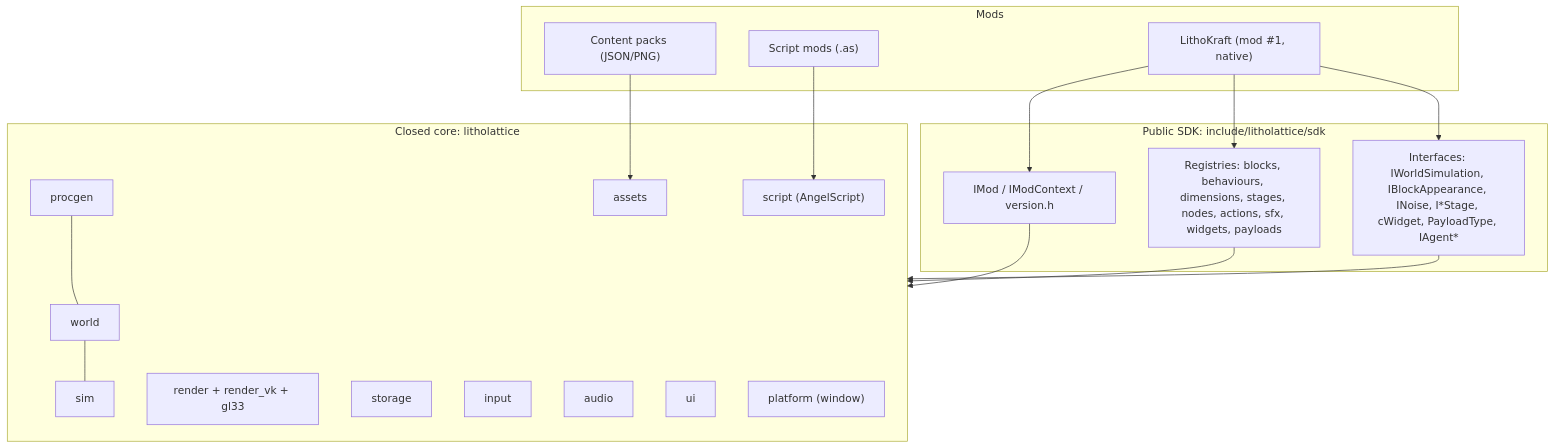
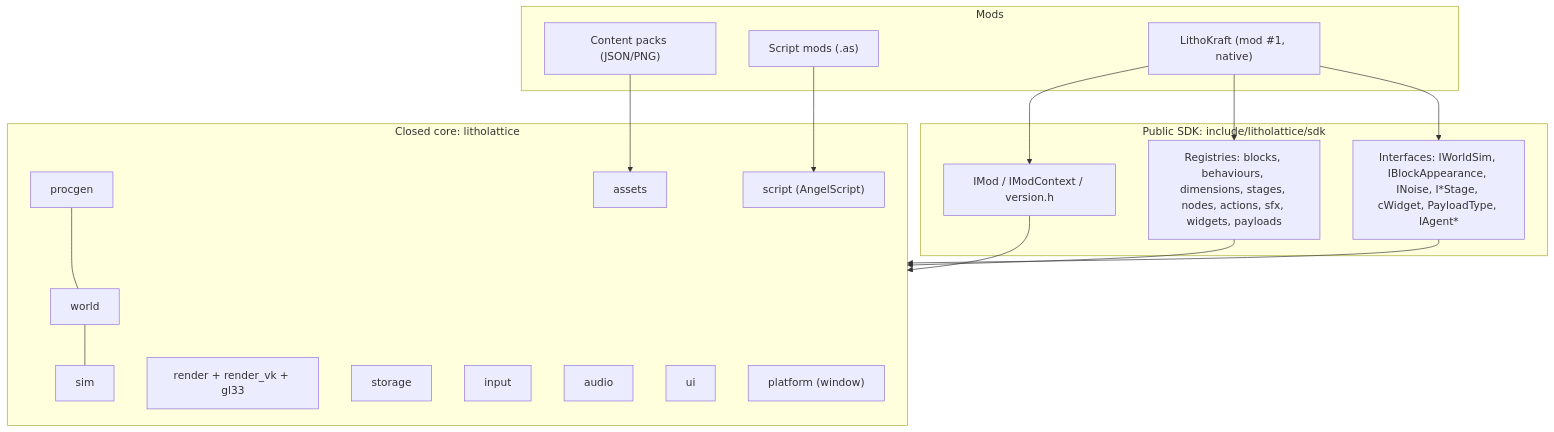
The first of 3 diagrams in docs/SDK.md (wetwaferworks/LithoKraft), drawn with Mermaid before and after one commit. The commit also changed other lines of this file and 177 other files, not shown here.

````diff
--- a/docs/SDK.md
+++ b/docs/SDK.md
@@ -178,33 +178,33 @@
 ```mermaid
 flowchart TB
   subgraph Mods
     LK["LithoKraft (mod #1, native)"]
     SM["Script mods (.as)"]
     CP["Content packs (JSON/PNG)"]
   end
   subgraph SDK["Public SDK: include/litholattice/sdk"]
     MODAPI["IMod / IModContext / version.h"]
     REG["Registries: blocks, behaviours, dimensions, stages, nodes, actions, sfx, widgets, payloads"]
-    IFC["Interfaces: IWorldSimulation, IBlockAppearance, INoise, I*Stage, cWidget, PayloadType, IAgent*"]
+    IFC["Interfaces: IWorldSim, IBlockAppearance, INoise, I*Stage, cWidget, PayloadType, IAgent*"]
   end
   subgraph Core["Closed core: litholattice"]
     WORLD[world] --- SIM[sim]
     PROC[procgen] --- WORLD
     RENDER["render + render_vk + gl33"]
     STORE[storage]
     ASSETS[assets]
     INPUT[input]
     AUDIO[audio]
     UI[ui]
     SCRIPT["script (AngelScript)"]
     PLAT["platform (window)"]
   end
   LK --> MODAPI
   LK --> REG
   LK --> IFC
   SM --> SCRIPT
   CP --> ASSETS
   MODAPI --> Core
   REG --> Core
   IFC --> Core
 ```
````
